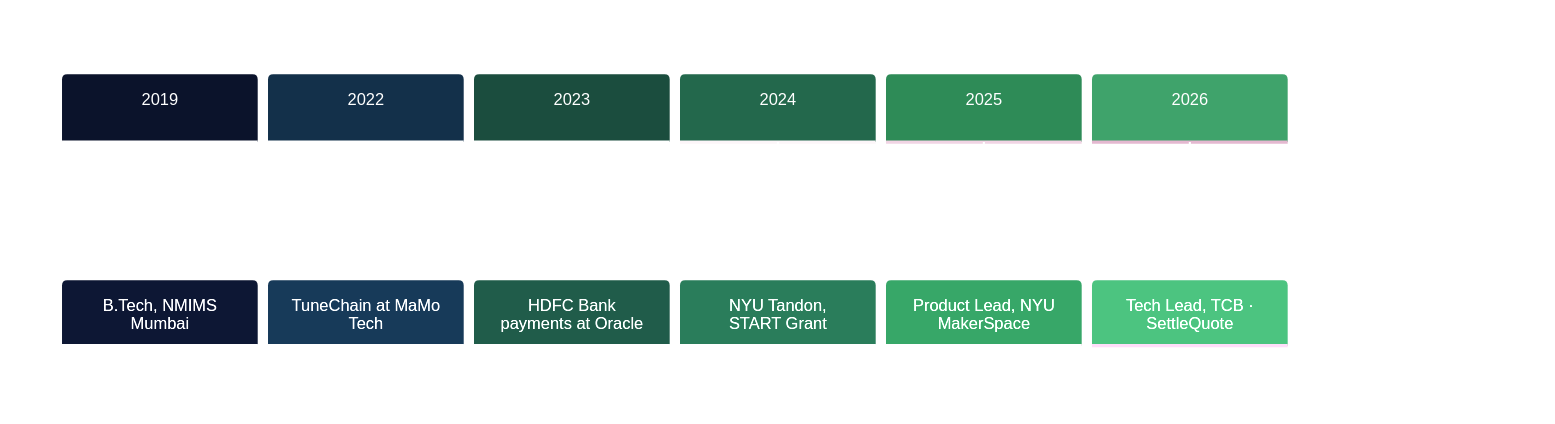
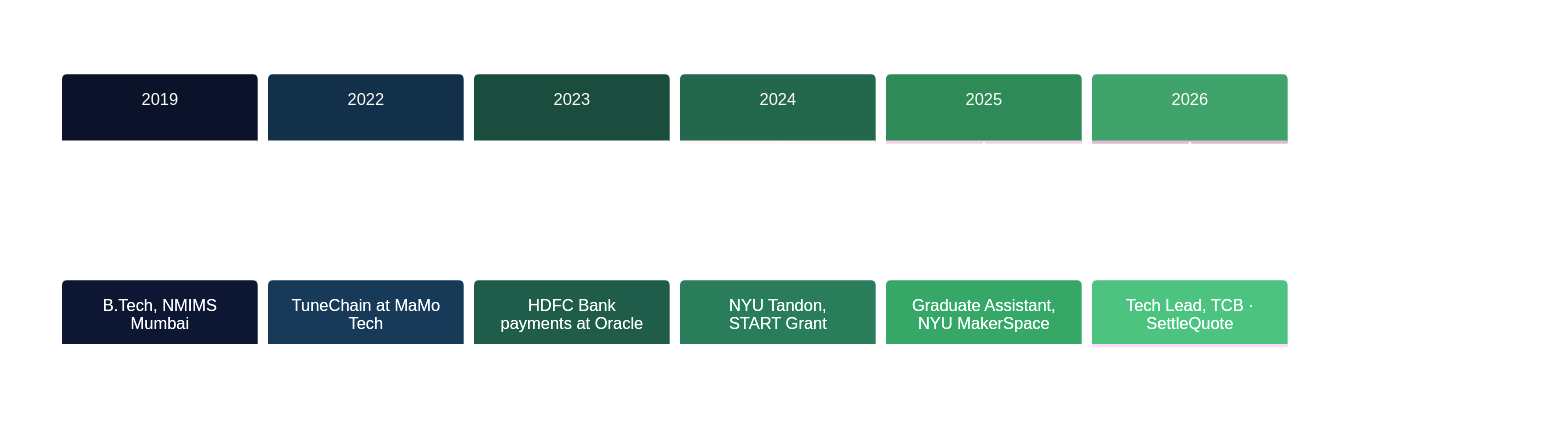
One commit to alpeshranjan/alpeshranjan changed the diagram in README.md. Above: the diagram before and after it, drawn with Mermaid. The commit also changed other lines of this file, not shown here.

Commit message:
Use the public MakerSpace title and drop the Vite badge.

````diff
--- a/README.md
+++ b/README.md
@@ -102,11 +102,11 @@
 ```mermaid
 %%{init: {'theme':'base','themeVariables':{'cScale0':'#0B132B','cScale1':'#13304A','cScale2':'#1B4D3E','cScale3':'#23684C','cScale4':'#2E8B57','cScale5':'#3FA36B','cScaleLabel0':'#ffffff','cScaleLabel1':'#ffffff','cScaleLabel2':'#ffffff','cScaleLabel3':'#ffffff','cScaleLabel4':'#ffffff','cScaleLabel5':'#ffffff','primaryColor':'#0B132B','primaryTextColor':'#ffffff','lineColor':'#2E8B57'}}}%%
 timeline
     title From payments code to payments product
     2019 : B.Tech, NMIMS Mumbai
     2022 : TuneChain at MaMo Tech
     2023 : HDFC Bank payments at Oracle
     2024 : NYU Tandon, START Grant
-    2025 : Product Lead, NYU MakerSpace
+    2025 : Graduate Assistant, NYU MakerSpace
     2026 : Tech Lead, TCB · SettleQuote
 ```
````
